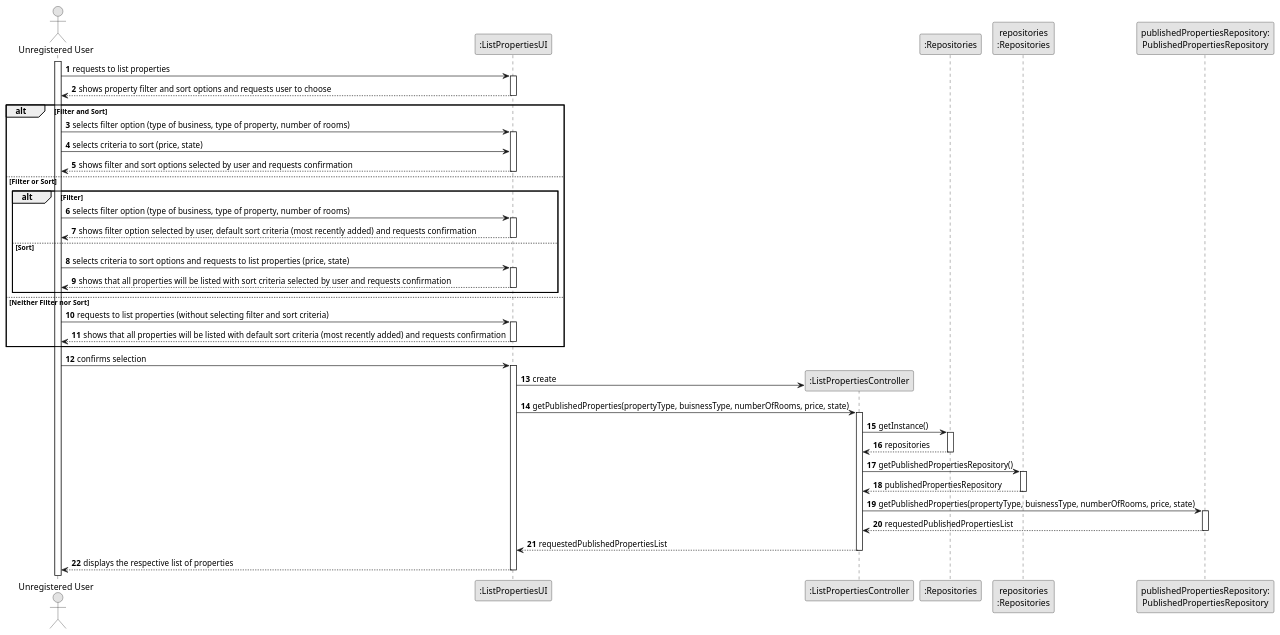
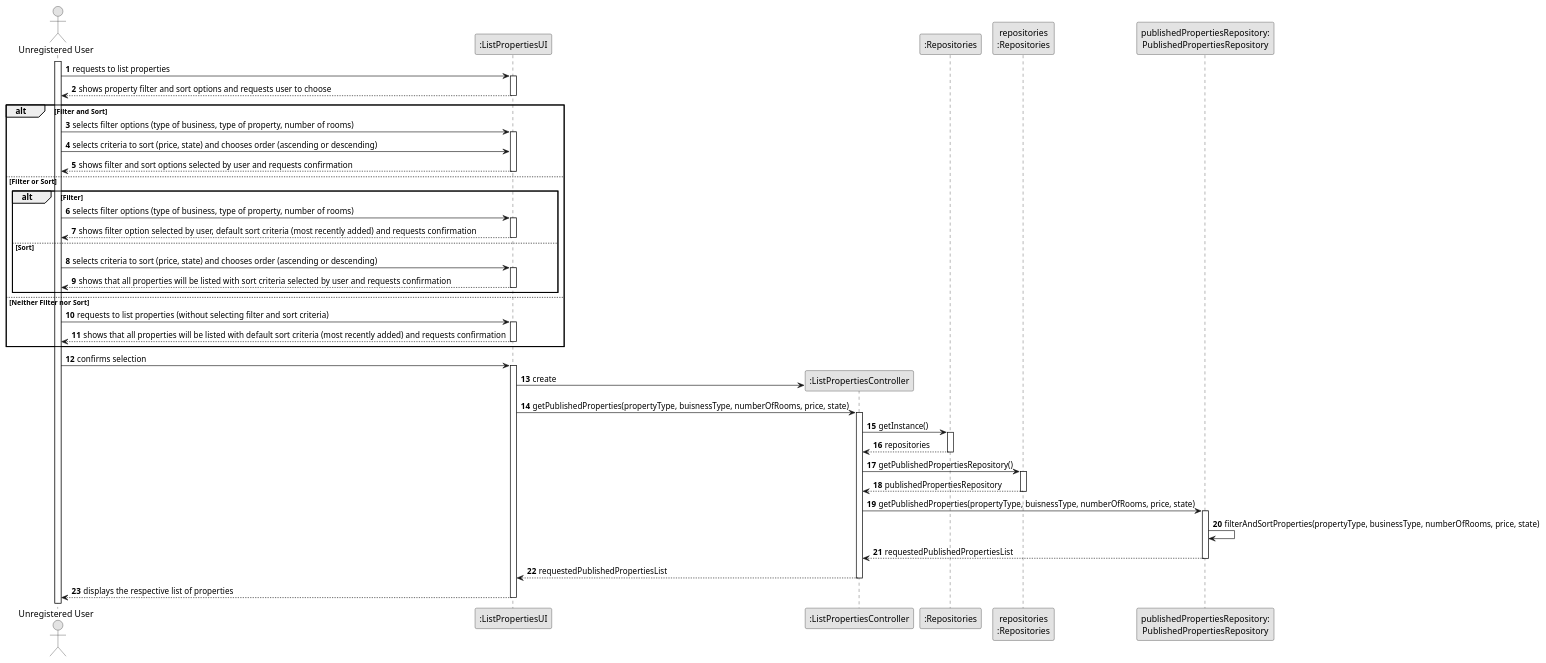
Before and after one commit to Goncalves2525/real-estate-management-system: the diagram in docs/sprintB/us001/03.design/puml/us001-sequence-diagram-full.puml, drawn with PlantUML. The commit also changed 10 other files, not shown here.

```diff
--- a/docs/sprintB/us001/03.design/puml/us001-sequence-diagram-full.puml
+++ b/docs/sprintB/us001/03.design/puml/us001-sequence-diagram-full.puml
@@ -1,98 +1,101 @@
 @startuml
 skinparam monochrome true
 skinparam packageStyle rectangle
 skinparam shadowing false
 
 autonumber
 
 'hide footbox
 actor "Unregistered User" as uUser
 participant ":ListPropertiesUI" as UI
 participant ":ListPropertiesController" as CTRL
 participant ":Repositories" as REPOS
 participant "repositories\n:Repositories" as repos
 participant "publishedPropertiesRepository:\nPublishedPropertiesRepository" as PublishedPropertiesRepository
 
 activate uUser
 
             uUser -> UI : requests to list properties
             activate UI
 
-
             UI --> uUser : shows property filter and sort options and requests user to choose
 
             deactivate UI
 
 
             alt Filter and Sort
 
-                uUser -> UI : selects filter option (type of business, type of property, number of rooms)
+                uUser -> UI : selects filter options (type of business, type of property, number of rooms)
                 activate UI
 
-                uUser -> UI : selects criteria to sort (price, state)
+                uUser -> UI : selects criteria to sort (price, state) and chooses order (ascending or descending)
                 deactivate PublishedPropertiesRepository
 
 
                 UI --> uUser : shows filter and sort options selected by user and requests confirmation
                 deactivate UI
 
             else Filter or Sort
 
                 alt Filter
-                    uUser -> UI : selects filter option (type of business, type of property, number of rooms)
+                    uUser -> UI : selects filter options (type of business, type of property, number of rooms)
                     activate UI
 
                     UI --> uUser: shows filter option selected by user, default sort criteria (most recently added) and requests confirmation
                     deactivate UI
 
                 else Sort
-                    uUser -> UI: selects criteria to sort options and requests to list properties (price, state)
+                    uUser -> UI: selects criteria to sort (price, state) and chooses order (ascending or descending)
                     activate UI
 
                     UI --> uUser : shows that all properties will be listed with sort criteria selected by user and requests confirmation
                     deactivate UI
                 end
 
             else Neither Filter nor Sort
                 uUser -> UI : requests to list properties (without selecting filter and sort criteria)
                 activate UI
 
                 UI --> uUser : shows that all properties will be listed with default sort criteria (most recently added) and requests confirmation
                 deactivate UI
 
             end
 
             uUser -> UI : confirms selection
             activate UI
 
             UI -> CTRL** : create
             UI -> CTRL : getPublishedProperties(propertyType, buisnessType, numberOfRooms, price, state)
 
             activate CTRL
 
             CTRL -> REPOS : getInstance()
             activate REPOS
 
             REPOS --> CTRL: repositories
             deactivate REPOS
 
             CTRL -> repos : getPublishedPropertiesRepository()
             activate repos
 
             repos --> CTRL: publishedPropertiesRepository
             deactivate repos
 
             CTRL -> PublishedPropertiesRepository : getPublishedProperties(propertyType, buisnessType, numberOfRooms, price, state)
             activate PublishedPropertiesRepository
 
+            PublishedPropertiesRepository -> PublishedPropertiesRepository : filterAndSortProperties(propertyType, businessType, numberOfRooms, price, state)
+
             PublishedPropertiesRepository --> CTRL : requestedPublishedPropertiesList
             deactivate PublishedPropertiesRepository
 
             CTRL --> UI : requestedPublishedPropertiesList
             deactivate CTRL
 
             UI --> uUser : displays the respective list of properties
             deactivate UI
 
 
+
+
 @enduml
```
